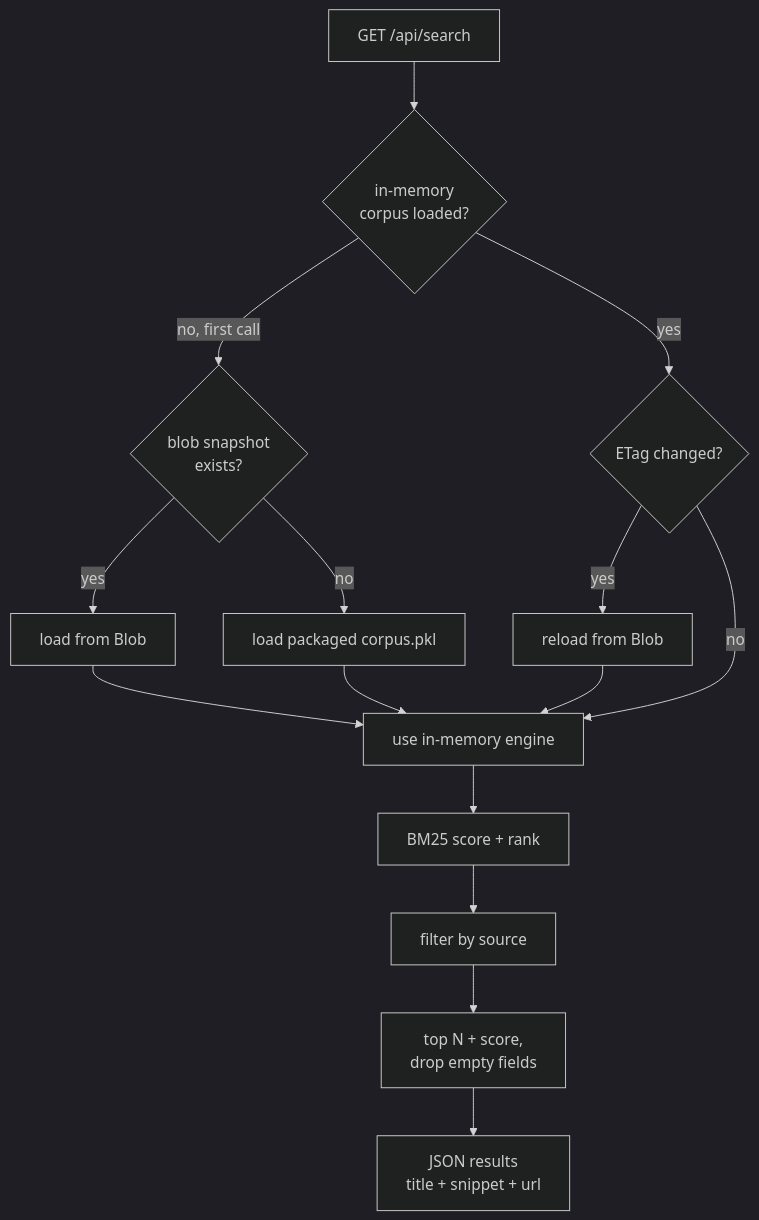
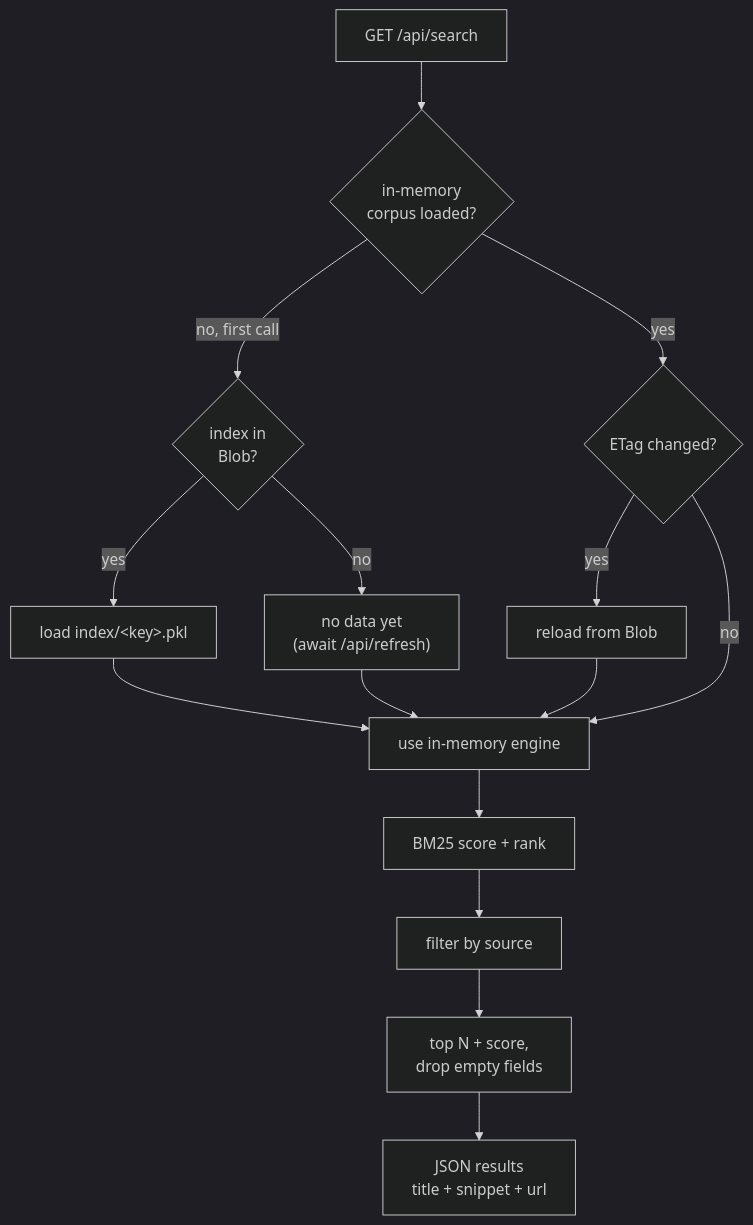
One commit to SteveCInVA/AllofUs-Agent changed the diagram in docs/diagrams/3-search-flow.mmd. Above: the diagram before and after it, drawn with Mermaid (dark theme). The commit also changed 13 other files, not shown here.

First line of the commit message:
Remove obsolete corpus.pkl and legacy blob helpers (Option A)

```diff
--- a/docs/diagrams/3-search-flow.mmd
+++ b/docs/diagrams/3-search-flow.mmd
@@ -1,19 +1,19 @@
 flowchart TB
     Q["GET /api/search"] --> ENG{"in-memory<br/>corpus loaded?"}
 
-    ENG -- "no, first call" --> L1{"blob snapshot<br/>exists?"}
-    L1 -- "yes" --> LB["load from Blob"]
-    L1 -- "no" --> LP["load packaged corpus.pkl"]
+    ENG -- "no, first call" --> L1{"index in<br/>Blob?"}
+    L1 -- "yes" --> LB["load index/&lt;key&gt;.pkl"]
+    L1 -- "no" --> LP["no data yet<br/>(await /api/refresh)"]
 
     ENG -- "yes" --> STALE{"ETag changed?"}
     STALE -- "yes" --> RB["reload from Blob"]
     STALE -- "no" --> USE["use in-memory engine"]
 
     LB --> USE
     LP --> USE
     RB --> USE
 
     USE --> SRCH["BM25 score + rank"]
     SRCH --> FLT["filter by source"]
     FLT --> TOP["top N + score,<br/>drop empty fields"]
     TOP --> J["JSON results<br/>title + snippet + url"]
```
